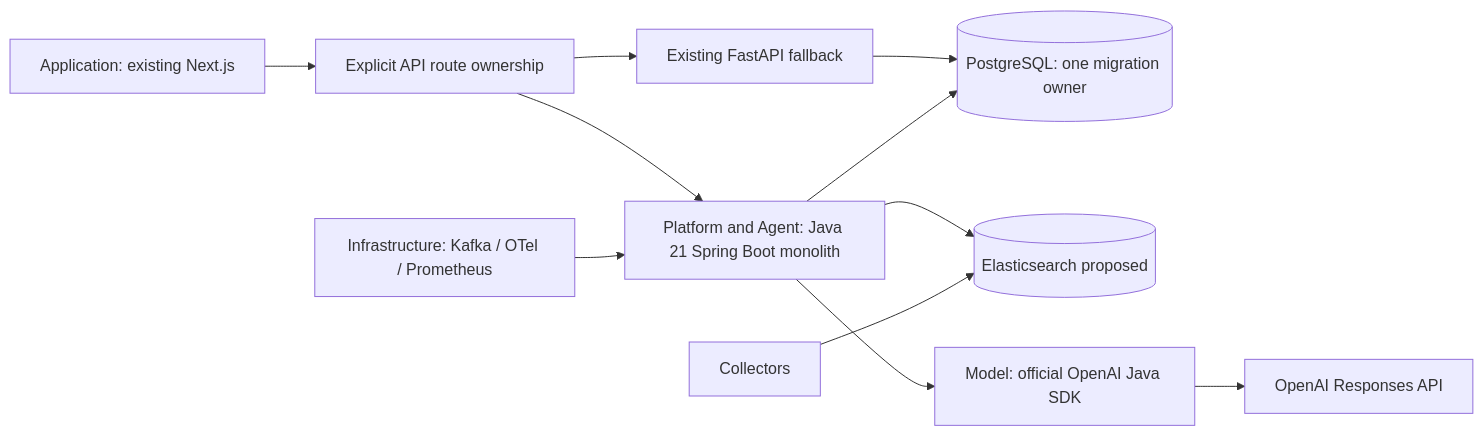
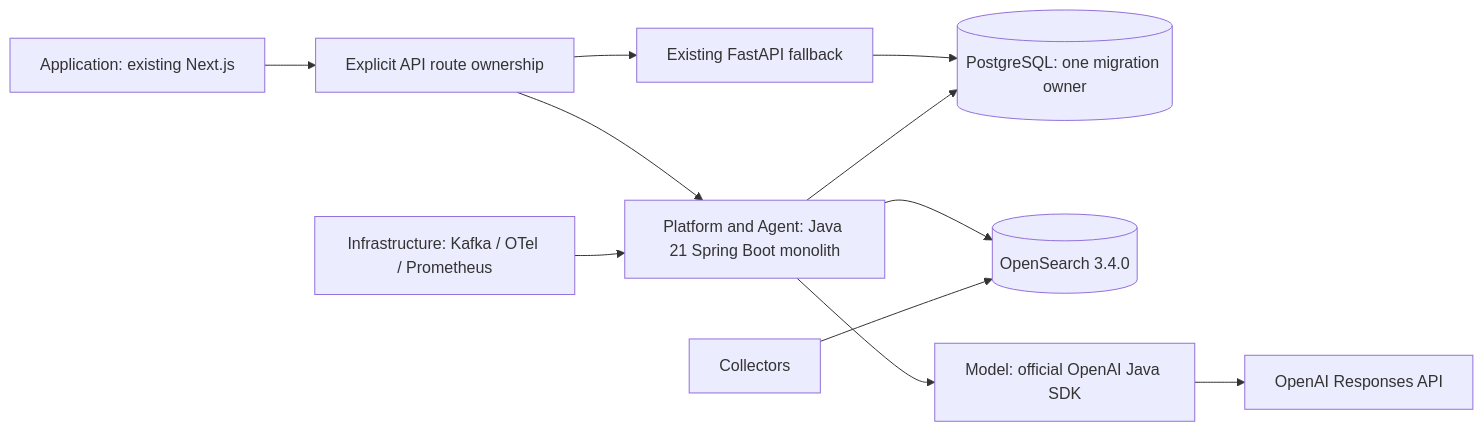
Before and after one commit to MINAADELMARKOS/Investinator-Enterprise-DataOps-Incident-Resolution: the second of 4 diagrams in docs/implementation/ARCHITECTURE.md, drawn with Mermaid. The commit also changed other lines of this file and 41 other files, not shown here.

Commit message:
feat: collect normalized evidence with authenticated OpenSearch queries (Prompt 04)

````diff
--- a/docs/implementation/ARCHITECTURE.md
+++ b/docs/implementation/ARCHITECTURE.md
@@ -57,13 +57,13 @@
 ```mermaid
 flowchart LR
   UI[Application: existing Next.js] --> Route[Explicit API route ownership]
   Route --> Py[Existing FastAPI fallback]
   Route --> Java[Platform and Agent: Java 21 Spring Boot monolith]
   Py --> DB[(PostgreSQL: one migration owner)]
   Java --> DB
-  Java --> Search[(Elasticsearch proposed)]
+  Java --> Search[(OpenSearch 3.4.0)]
   Java --> SDK[Model: official OpenAI Java SDK]
   SDK --> OpenAI[OpenAI Responses API]
   Infra[Infrastructure: Kafka / OTel / Prometheus] --> Java
   Collect[Collectors] --> Search
 ```
````
